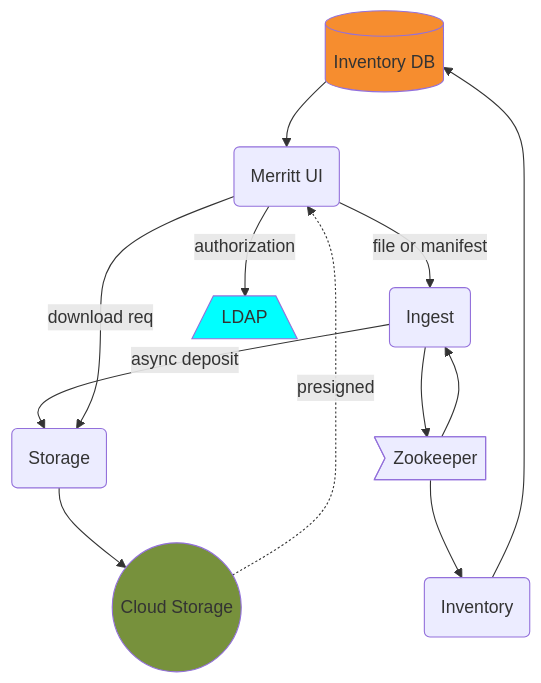
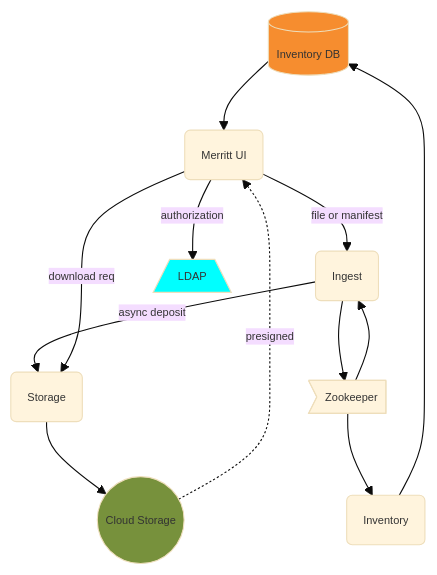
One commit to CDLUC3/mrt-doc changed the diagram in diagrams/overview-core.mmd. Above: the diagram before and after it, drawn with Mermaid. The commit also changed 4 other files, not shown here.

Commit message:
font size change

```diff
--- a/diagrams/overview-core.mmd
+++ b/diagrams/overview-core.mmd
@@ -1,25 +1,26 @@
+%%{init: {'theme': 'base', 'themeVariables': { 'fontSize': '10px'}}}%%
 graph TD
   RDS[(Inventory DB)]
   UI(Merritt UI)
   ING(Ingest)
   ST(Storage)
   INV(Inventory)
   CLOUD(("Cloud Storage"))
   LDAP[/LDAP\]
   ZOO>Zookeeper]
 
   RDS --> UI
-  UI --> |"file or manifest"| ING
+  UI --> |file or manifest| ING
   UI --> |authorization| LDAP
   ING --> |"async deposit"| ST
   ING --> ZOO
   ZOO --> ING
   ZOO --> INV
   UI ---> |download req| ST
   INV --> RDS
   ST --> CLOUD
   CLOUD -.-> |presigned| UI
 
   style CLOUD fill:#77913C
   style RDS fill:#F68D2F
   style LDAP fill:cyan
```
